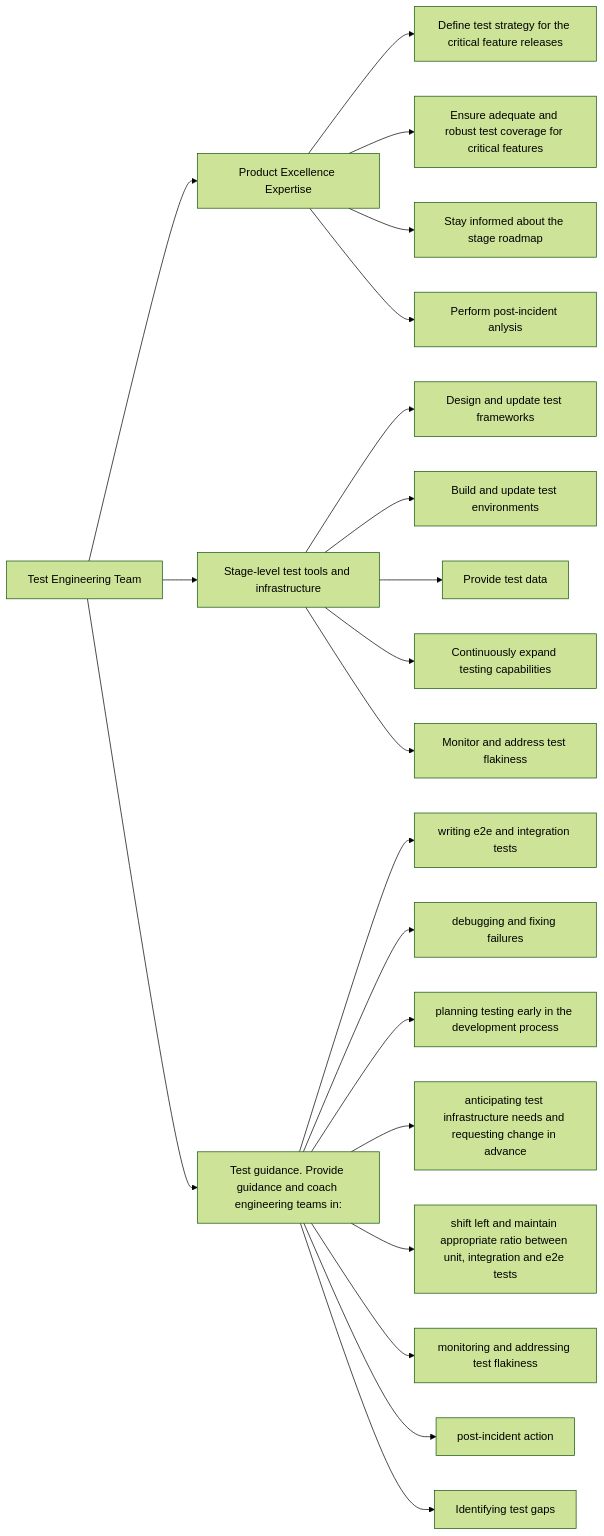
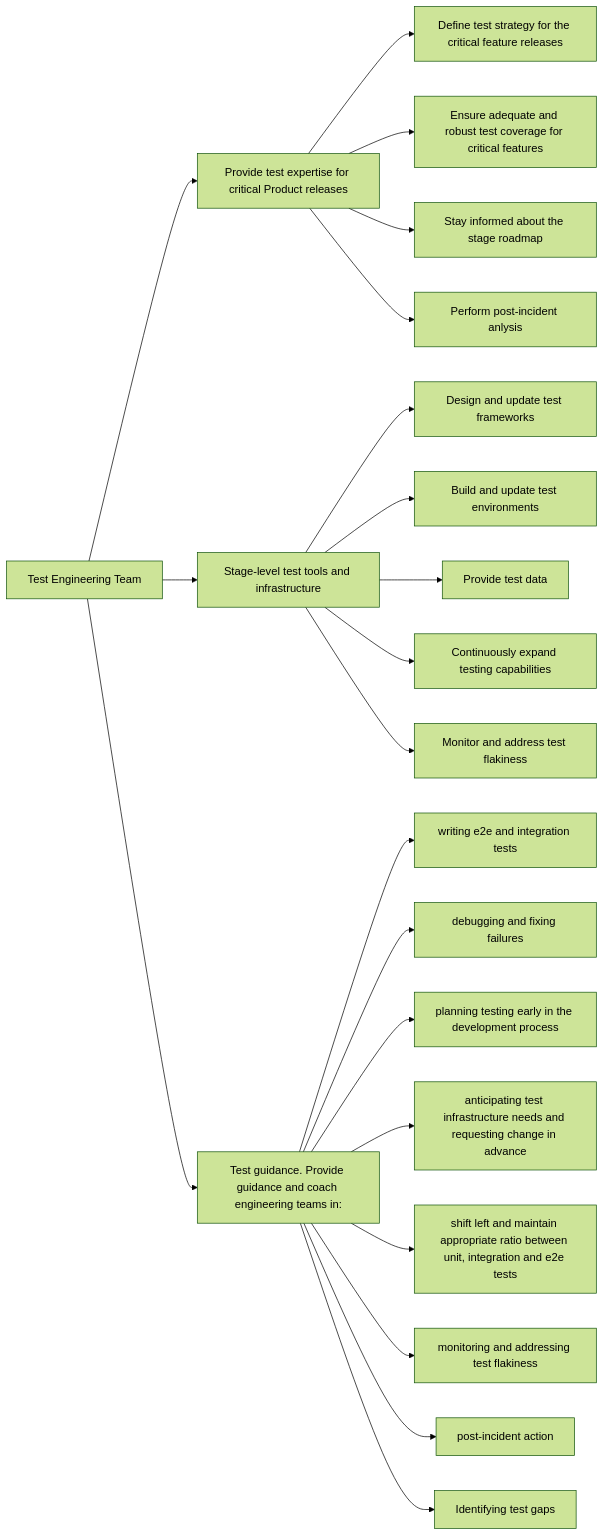
The diagram in content/handbook/engineering/infrastructure/test-platform/test-engineering/index.md (moliver28/research-handbook), drawn with Mermaid (forest theme) before and after one commit.

Commit message:
Update file index.md

````diff
--- a/content/handbook/engineering/infrastructure/test-platform/test-engineering/index.md
+++ b/content/handbook/engineering/infrastructure/test-platform/test-engineering/index.md
@@ -10,28 +10,28 @@
 ```mermaid
 graph LR
     A[Test Engineering Team]
     
-    A --> B[Product Excellence Expertise]
+    A --> B[Provide test expertise for critical Product releases]
     B --> B1[Define test strategy for the critical feature releases]
     B --> B2[Ensure adequate and robust test coverage for critical features]
     B --> B3[Stay informed about the stage roadmap]
     B --> B4[Perform post-incident anlysis]
        
     A --> C[Stage-level test tools and infrastructure]
     C --> C1[Design and update test frameworks]
     C --> C2[Build and update test environments]
     C --> C3[Provide test data]
     C --> C4[Continuously expand testing capabilities]
     C --> C5[Monitor and address test flakiness]
     
     A --> D[Test guidance. Provide guidance and coach engineering teams in:]
     D --> D1[writing e2e and integration tests]
     D --> D2[debugging and fixing failures]
     D --> D3[planning testing early in the development process]
     D --> D4[anticipating test infrastructure needs and requesting change in advance] 
     D --> D5[shift left and maintain appropriate ratio between unit, integration and e2e tests] 
     D --> D6[monitoring and addressing test flakiness]
     D --> D7[post-incident action]
     D --> D8[Identifying test gaps]
 
 ```
````
